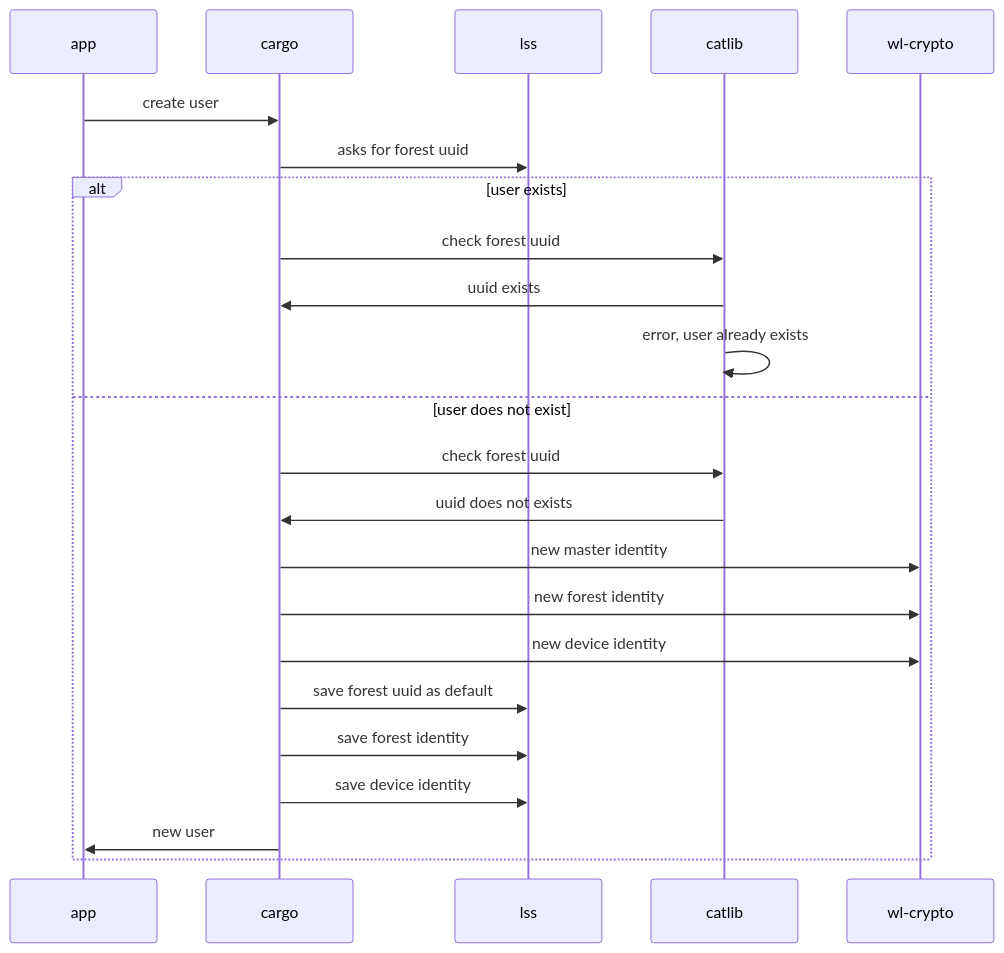
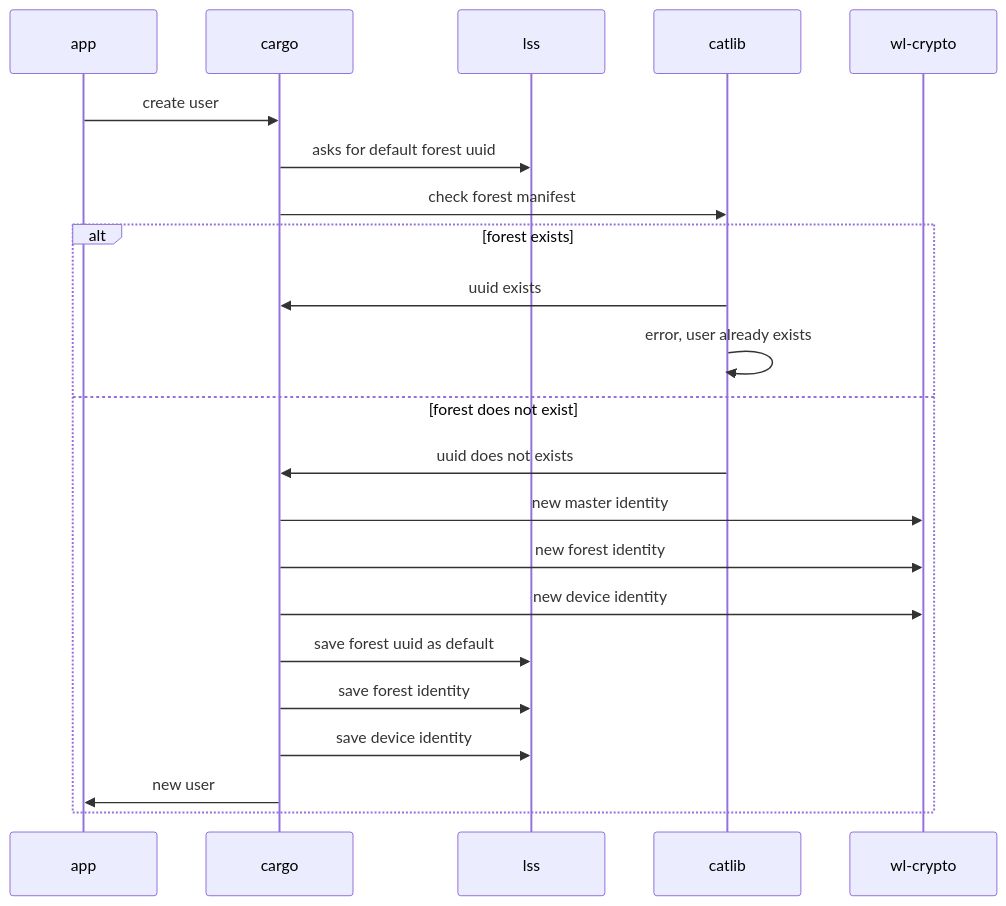
One commit to pbeza/wildland-core changed the diagram in docs/architecture/user_creation.md. Above: the diagram before and after it, drawn with Mermaid. The commit also changed 2 other files, not shown here.

Commit message:
* fixed descriptions for lss and catlib

````diff
--- a/docs/architecture/user_creation.md
+++ b/docs/architecture/user_creation.md
@@ -5,20 +5,19 @@
 ```mermaid
 sequenceDiagram
 app->>cargo: create user
-cargo->>lss: asks for forest uuid
-alt user exists
-    cargo->>catlib: check forest uuid
+cargo->>lss: asks for default forest uuid
+cargo->>catlib: check forest manifest
+alt forest exists
     catlib->>cargo: uuid exists
     catlib->>catlib: error, user already exists
-else user does not exist
-    cargo->>catlib: check forest uuid
+else forest does not exist
     catlib->>cargo: uuid does not exists
     cargo->>wl-crypto: new master identity
     cargo->>wl-crypto: new forest identity
     cargo->>wl-crypto: new device identity
     cargo->>lss: save forest uuid as default
     cargo->>lss: save forest identity
     cargo->>lss: save device identity
     cargo->>app: new user
 end
 ```
````
